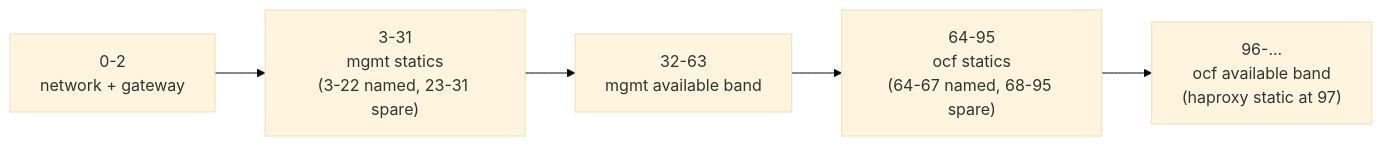
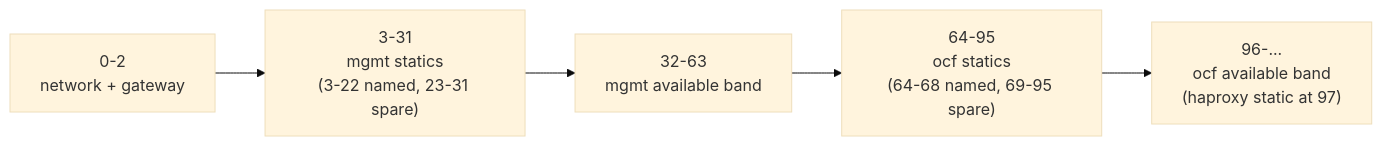
Before and after one commit to fivetwenty-io/ocfp-cli: the first of 3 diagrams in docs/networking/reserved-ip-strategies.md, drawn with Mermaid (base theme). The commit also changed other lines of this file and 9 other files, not shown here.

````diff
--- a/docs/networking/reserved-ip-strategies.md
+++ b/docs/networking/reserved-ip-strategies.md
@@ -111,7 +114,7 @@
 ```mermaid
 flowchart LR
     A["0-2\nnetwork + gateway"] --> B["3-31\nmgmt statics\n(3-22 named, 23-31 spare)"]
     B --> C["32-63\nmgmt available band"]
-    C --> D["64-95\nocf statics\n(64-67 named, 68-95 spare)"]
+    C --> D["64-95\nocf statics\n(64-68 named, 69-95 spare)"]
     D --> E["96-...\nocf available band\n(haproxy static at 97)"]
 ```
````
